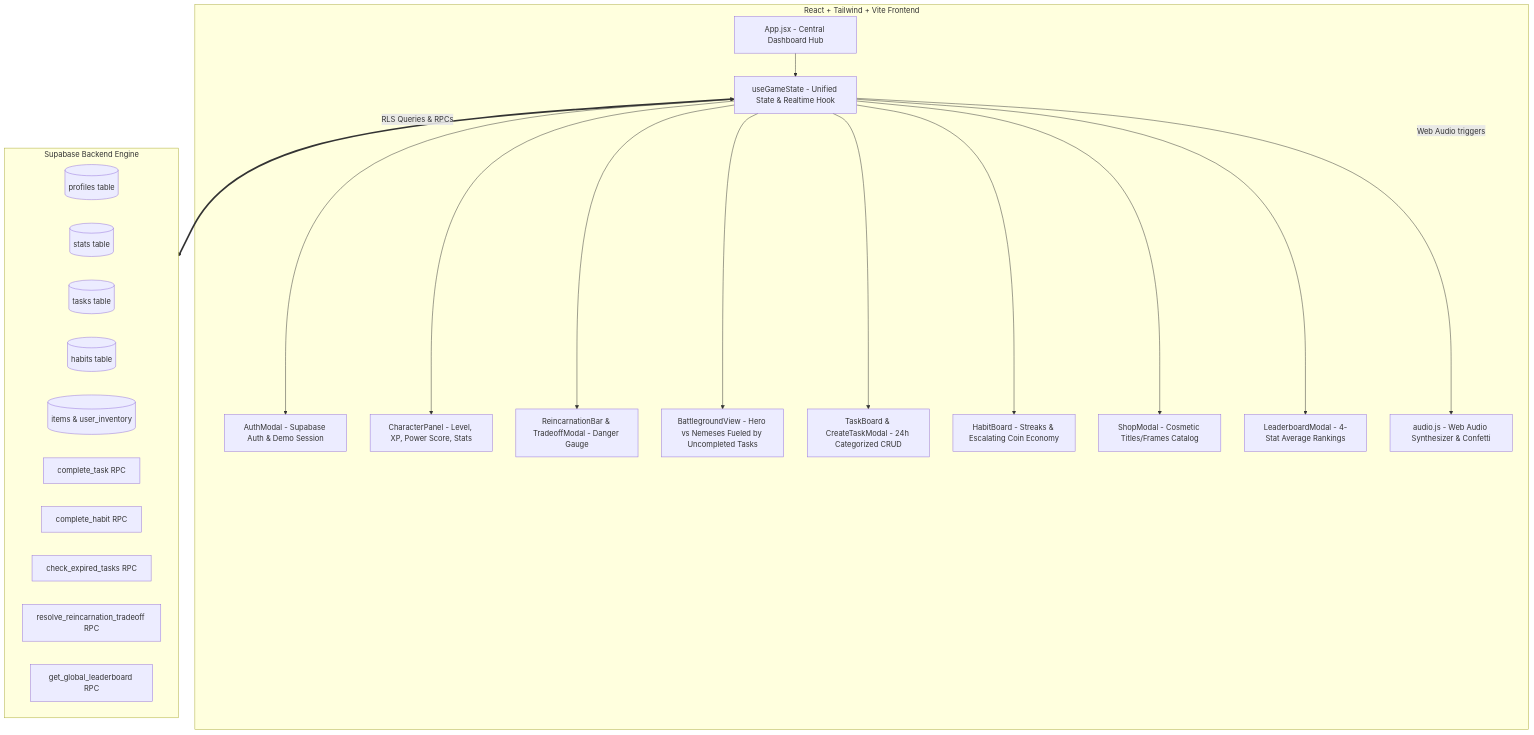
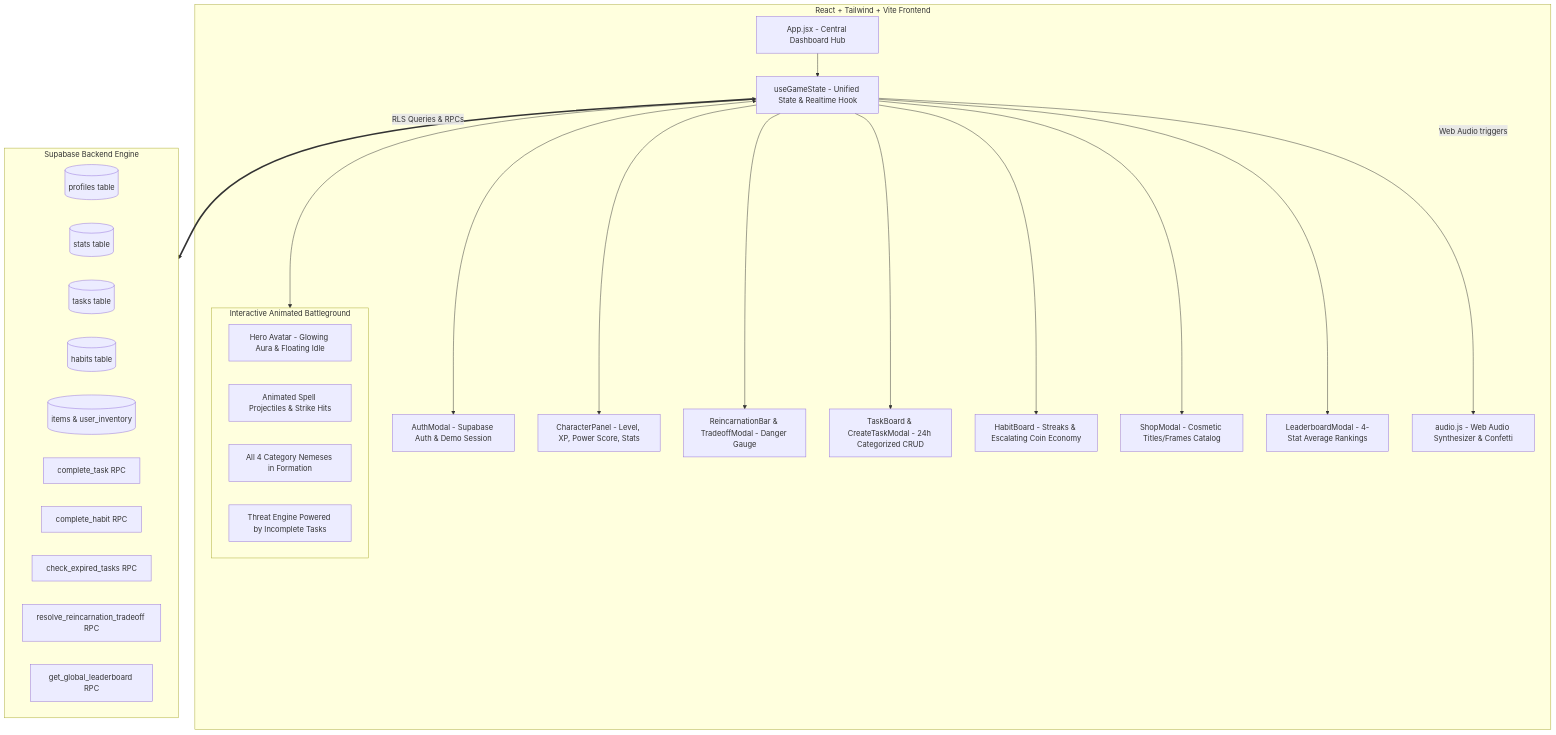
One commit to twisted106/Anihabit changed the diagram in IMPLEMENTATION_WALKTHROUGH.md. Above: the diagram before and after it, drawn with Mermaid. The commit also changed other lines of this file and 3 other files, not shown here.

Commit message:
feat(battleground): implement multi-enemy frontline standoff with combat animations and strike sequences

````diff
--- a/IMPLEMENTATION_WALKTHROUGH.md
+++ b/IMPLEMENTATION_WALKTHROUGH.md
@@ -50,44 +57,51 @@
 ```mermaid
 flowchart TD
     subgraph Frontend [React + Tailwind + Vite Frontend]
         App[App.jsx - Central Dashboard Hub]
         AuthM[AuthModal - Supabase Auth & Demo Session]
         Hook[useGameState - Unified State & Realtime Hook]
         
         CharP[CharacterPanel - Level, XP, Power Score, Stats]
         ReincM[ReincarnationBar & TradeoffModal - Danger Gauge]
-        Battleground[BattlegroundView - Hero vs Nemeses Fueled by Uncompleted Tasks]
+        
+        subgraph Battleground [Interactive Animated Battleground]
+            HeroAvatar[Hero Avatar - Glowing Aura & Floating Idle]
+            ClashFX[Animated Spell Projectiles & Strike Hits]
+            Frontline[All 4 Category Nemeses in Formation]
+            ThreatEngine[Threat Engine Powered by Incomplete Tasks]
+        end
+        
         TaskB[TaskBoard & CreateTaskModal - 24h Categorized CRUD]
         HabitB[HabitBoard - Streaks & Escalating Coin Economy]
         ShopM[ShopModal - Cosmetic Titles/Frames Catalog]
         LeadM[LeaderboardModal - 4-Stat Average Rankings]
         AudioS[audio.js - Web Audio Synthesizer & Confetti]
     end
 
     subgraph Backend [Supabase Backend Engine]
         DB_Profiles[(profiles table)]
         DB_Stats[(stats table)]
         DB_Tasks[(tasks table)]
         DB_Habits[(habits table)]
         DB_Items[(items & user_inventory)]
         
         RPC_Task[complete_task RPC]
         RPC_Habit[complete_habit RPC]
         RPC_Expire[check_expired_tasks RPC]
         RPC_Tradeoff[resolve_reincarnation_tradeoff RPC]
         RPC_Leader[get_global_leaderboard RPC]
     end
 
     App --> Hook
     Hook <--> AuthM
     Hook --> CharP
     Hook --> ReincM
     Hook --> Battleground
     Hook --> TaskB
     Hook --> HabitB
     Hook --> ShopM
     Hook --> LeadM
     
     Hook -->|Web Audio triggers| AudioS
     Hook <==>|RLS Queries & RPCs| Backend
 ```
````
